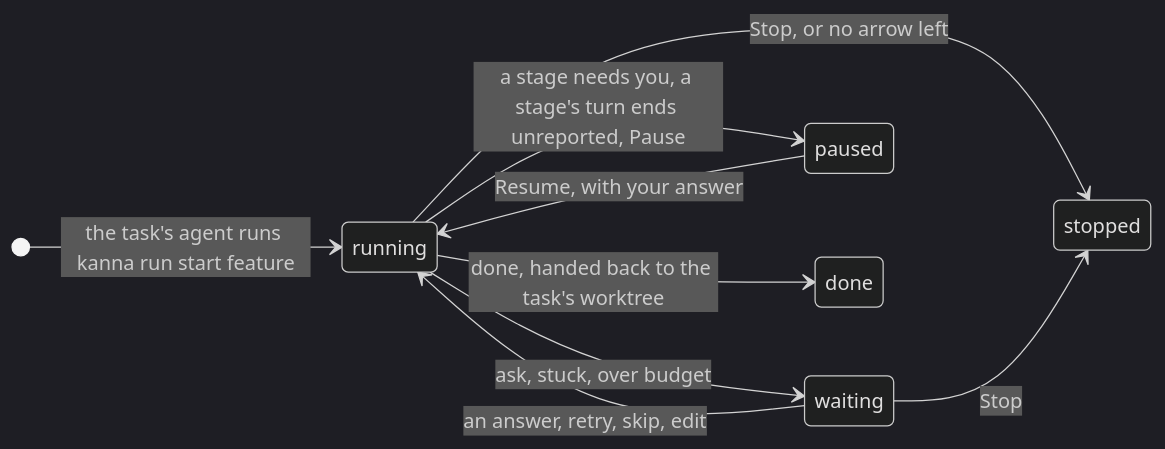
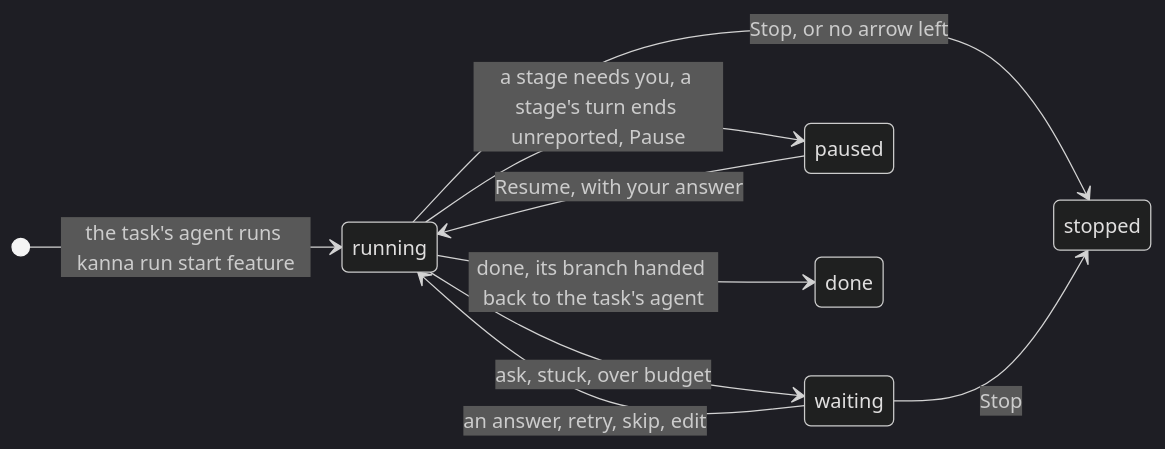
One commit to tampopogk/kanna changed the first of 5 diagrams in docs/specs/software-factory.md. Above: the diagram before and after it, drawn with Mermaid (dark theme). The commit also changed other lines of this file and 3 other files, not shown here.

Commit message:
A run hands back by telling the task's agent its branch is ready and how to take it; the task's worktree and branch stay as they are; the factory spec names the task's agent and a stage's agent apart

````diff
--- a/docs/specs/software-factory.md
+++ b/docs/specs/software-factory.md
@@ -24,12 +24,12 @@
 ```mermaid
 stateDiagram-v2
     direction LR
     [*] --> running: the task's agent runs kanna run start feature
     running --> waiting: ask, stuck, over budget
     waiting --> running: an answer, retry, skip, edit
     running --> paused: a stage needs you, a stage's turn ends unreported, Pause
     paused --> running: Resume, with your answer
-    running --> done: done, handed back to the task's worktree
+    running --> done: done, its branch handed back to the task's agent
     running --> stopped: Stop, or no arrow left
     waiting --> stopped: Stop
 ```
````
